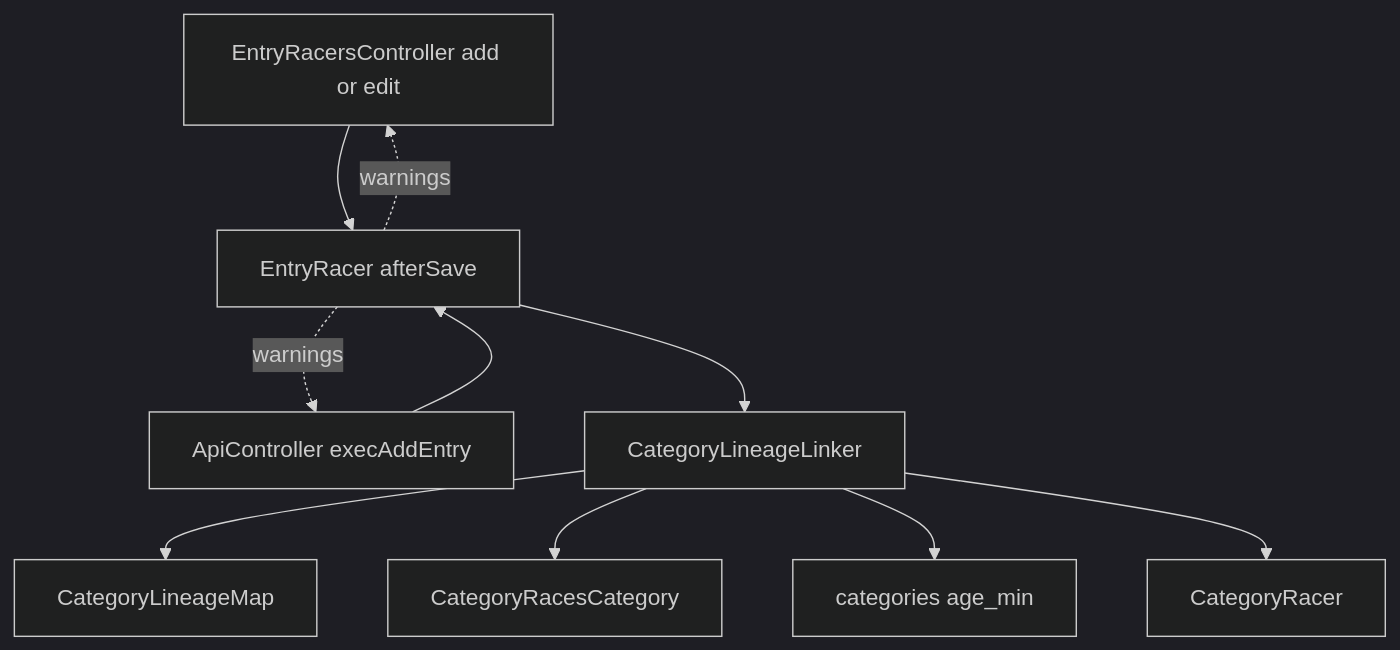
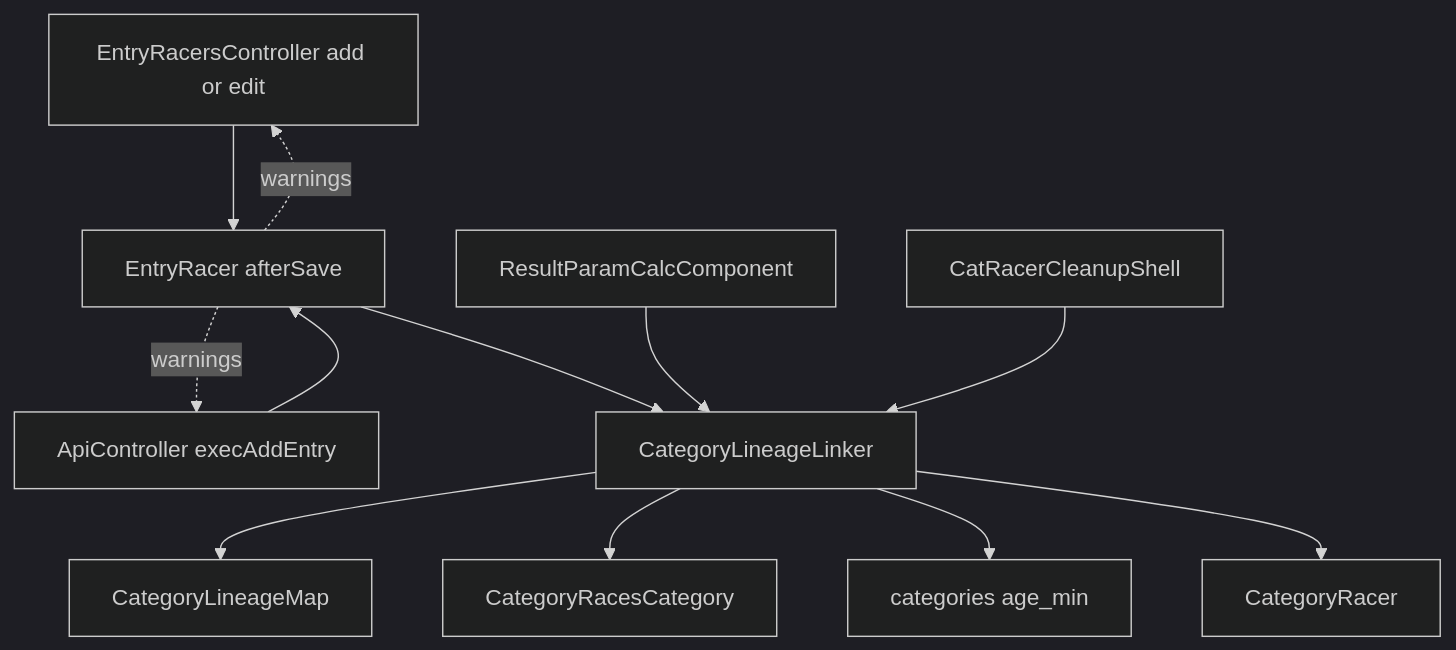
The first of 4 diagrams in .kiro/specs/entry-auto-category-2026-27/design.md (cyclox-dev/cyclox2_docker), drawn with Mermaid (dark theme) before and after one commit. The commit also changed other lines of this file and 2 other files, not shown here.

````diff
--- a/.kiro/specs/entry-auto-category-2026-27/design.md
+++ b/.kiro/specs/entry-auto-category-2026-27/design.md
@@ -81,21 +143,26 @@
 ```mermaid
 graph TB
     EntryRacersController[EntryRacersController add or edit]
     ApiController[ApiController execAddEntry]
     EntryRacerModel[EntryRacer afterSave]
     Linker[CategoryLineageLinker]
     LineageMap[CategoryLineageMap]
     CategoryRacesCategoryModel[CategoryRacesCategory]
     CategoryRacerModel[CategoryRacer]
     Categories[categories age_min]
+    ResultCalc[ResultParamCalcComponent]
+    CleanupShell[CatRacerCleanupShell]
 
     EntryRacersController --> EntryRacerModel
     ApiController --> EntryRacerModel
     EntryRacerModel --> Linker
     Linker --> LineageMap
     Linker --> CategoryRacesCategoryModel
     Linker --> Categories
     Linker --> CategoryRacerModel
     EntryRacerModel -.warnings.-> EntryRacersController
     EntryRacerModel -.warnings.-> ApiController
+
+    ResultCalc --> Linker
+    CleanupShell --> Linker
 ```
````
